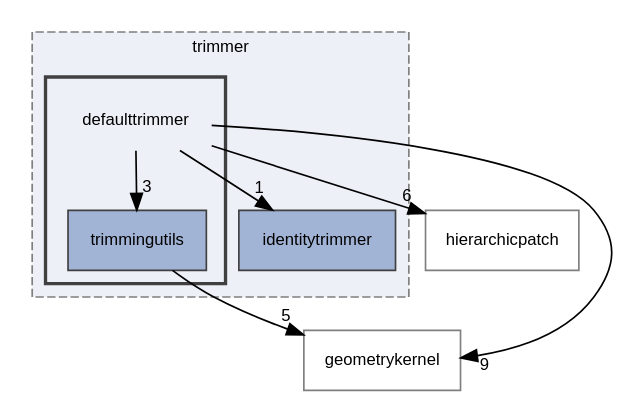
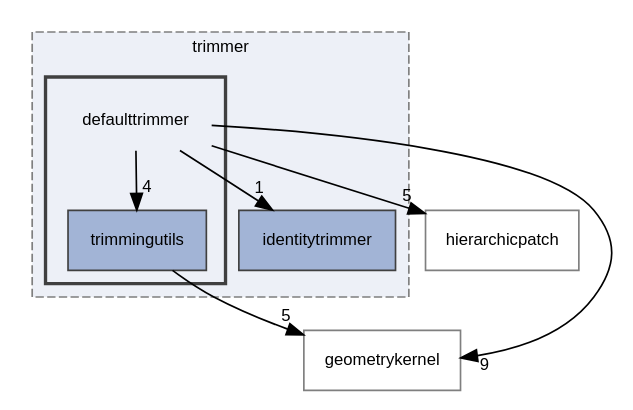
Before and after one commit to rath3t/dune-iga-doc: the diagram in dir_265321845ed2650d675b22a94b62262d_dep.dot, drawn with Graphviz. The commit also changed 1799 other files, not shown here.

```diff
--- a/dir_265321845ed2650d675b22a94b62262d_dep.dot
+++ b/dir_265321845ed2650d675b22a94b62262d_dep.dot
@@ -1,23 +1,23 @@
 digraph "defaulttrimmer"
 {
  // LATEX_PDF_SIZE
   edge [fontname="Helvetica",fontsize="10",labelfontname="Helvetica",labelfontsize="10"];
   node [fontname="Helvetica",fontsize="10",shape=record];
   compound=true
   subgraph clusterdir_7d0c370ab440c4b4f78419bfc8c93eb8 {
     graph [ bgcolor="#edf0f7", pencolor="grey50", style="filled,dashed,", label="trimmer", fontname="Helvetica", fontsize="10", URL="dir_7d0c370ab440c4b4f78419bfc8c93eb8.html"]
   dir_aa3557bd66a6784b3b9e663253e8d0ba [shape=box, label="identitytrimmer", style="filled,", fillcolor="#a2b4d6", color="grey25", URL="dir_aa3557bd66a6784b3b9e663253e8d0ba.html"];
   subgraph clusterdir_265321845ed2650d675b22a94b62262d {
     graph [ bgcolor="#edf0f7", pencolor="grey25", style="filled,bold,", label="", fontname="Helvetica", fontsize="10", URL="dir_265321845ed2650d675b22a94b62262d.html"]
     dir_265321845ed2650d675b22a94b62262d [shape=plaintext, label="defaulttrimmer"];
   dir_75403dd546d989c4e56d84af3932dae7 [shape=box, label="trimmingutils", style="filled,", fillcolor="#a2b4d6", color="grey25", URL="dir_75403dd546d989c4e56d84af3932dae7.html"];
   }
   }
   dir_12fc9e68aad46ae2d80ba50ef1c96d76 [shape=box, label="hierarchicpatch", style="", fillcolor="#edf0f7", color="grey50", URL="dir_12fc9e68aad46ae2d80ba50ef1c96d76.html"];
   dir_98571e7345f7327fea7723ec1a12d870 [shape=box, label="geometrykernel", style="", fillcolor="#edf0f7", color="grey50", URL="dir_98571e7345f7327fea7723ec1a12d870.html"];
-  dir_265321845ed2650d675b22a94b62262d->dir_12fc9e68aad46ae2d80ba50ef1c96d76 [headlabel="6", labeldistance=1.5 headhref="dir_000001_000007.html"];
-  dir_265321845ed2650d675b22a94b62262d->dir_75403dd546d989c4e56d84af3932dae7 [headlabel="3", labeldistance=1.5 headhref="dir_000001_000021.html"];
+  dir_265321845ed2650d675b22a94b62262d->dir_12fc9e68aad46ae2d80ba50ef1c96d76 [headlabel="5", labeldistance=1.5 headhref="dir_000001_000007.html"];
+  dir_265321845ed2650d675b22a94b62262d->dir_75403dd546d989c4e56d84af3932dae7 [headlabel="4", labeldistance=1.5 headhref="dir_000001_000021.html"];
   dir_265321845ed2650d675b22a94b62262d->dir_98571e7345f7327fea7723ec1a12d870 [headlabel="9", labeldistance=1.5 headhref="dir_000001_000006.html"];
   dir_265321845ed2650d675b22a94b62262d->dir_aa3557bd66a6784b3b9e663253e8d0ba [headlabel="1", labeldistance=1.5 headhref="dir_000001_000009.html"];
   dir_75403dd546d989c4e56d84af3932dae7->dir_98571e7345f7327fea7723ec1a12d870 [headlabel="5", labeldistance=1.5 headhref="dir_000021_000006.html"];
 }
```
